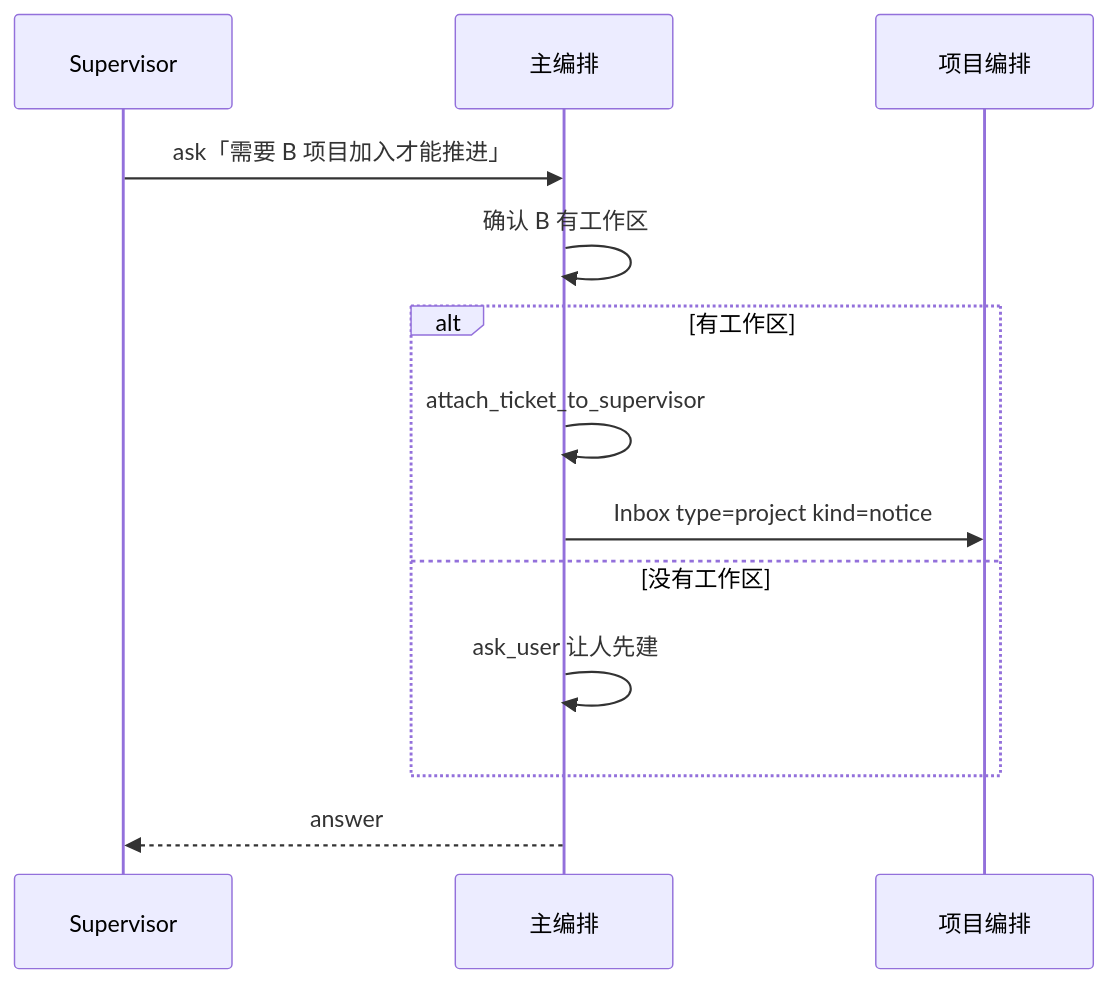
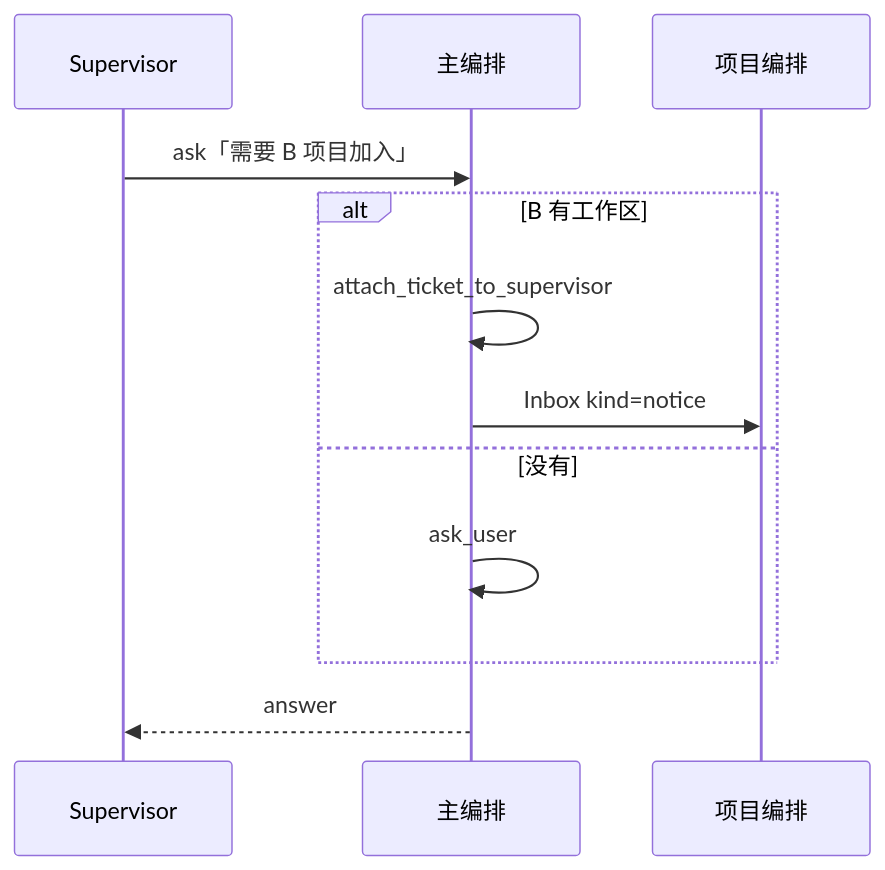
One commit to hairyf/dsh-nexus changed diagram 15 of 21 in docs/flow.md. Above: the diagram before and after it, drawn with Mermaid. The commit also changed other lines of this file and 9 other files, not shown here.

````diff
--- a/docs/flow.md
+++ b/docs/flow.md
@@ -476,16 +368,15 @@
 ```mermaid
 sequenceDiagram
     participant S as Supervisor
     participant M as 主编排
     participant P as 项目编排
 
-    S->>M: ask「需要 B 项目加入才能推进」
-    M->>M: 确认 B 有工作区
-    alt 有工作区
+    S->>M: ask「需要 B 项目加入」
+    alt B 有工作区
         M->>M: attach_ticket_to_supervisor
-        M->>P: Inbox type=project kind=notice
-    else 没有工作区
-        M->>M: ask_user 让人先建
+        M->>P: Inbox kind=notice
+    else 没有
+        M->>M: ask_user
     end
     M-->>S: answer
 ```
````
